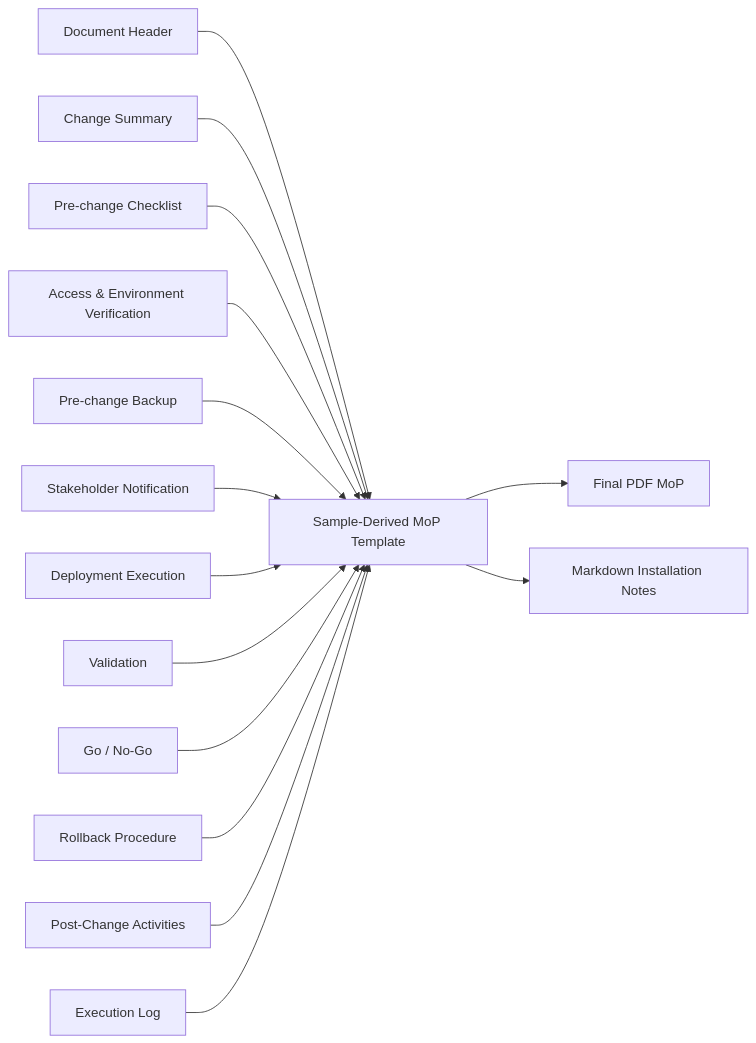
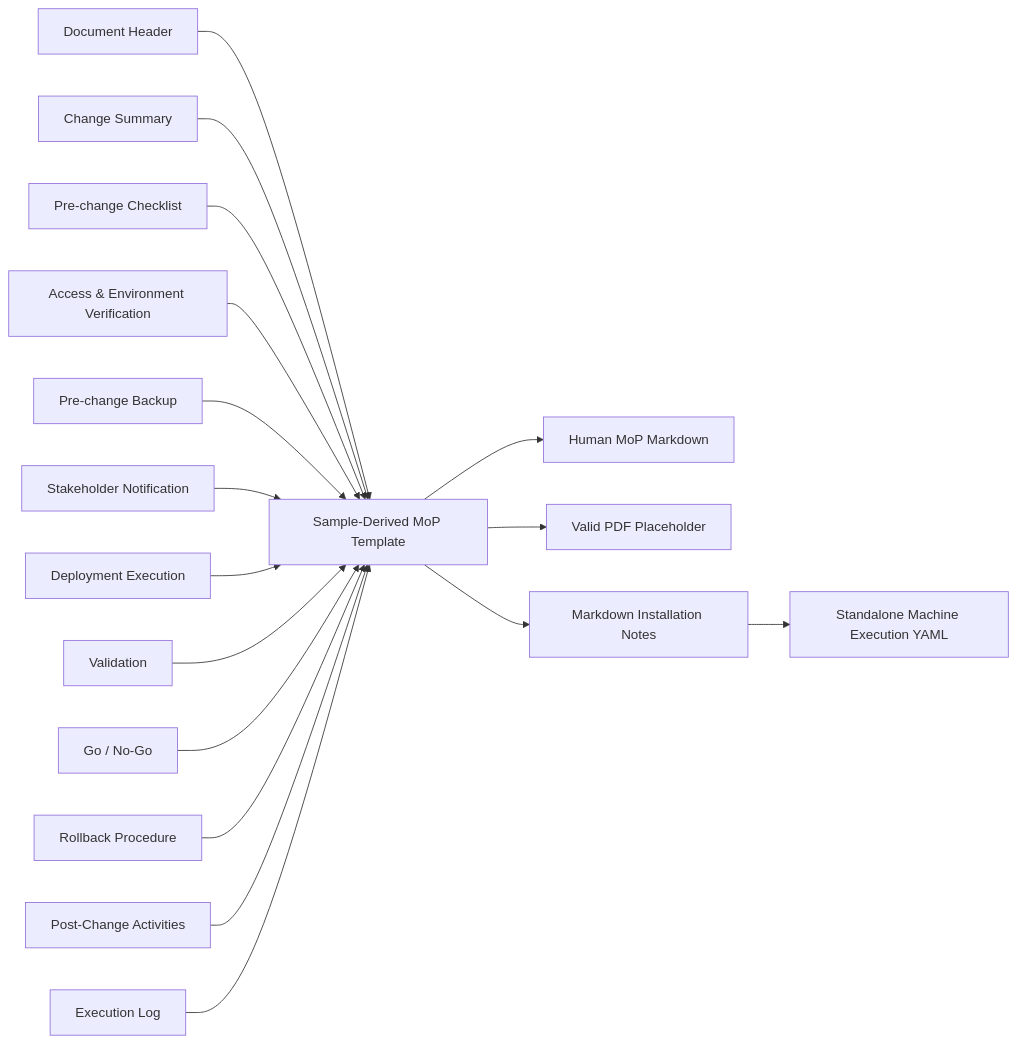
Before and after one commit to aveeshek/bosgenesis-mop-creation-agent: the sixth of 7 diagrams in docs/04_ALGORITHM_MOP_CREATION_AGENT.md, drawn with Mermaid. The commit also changed other lines of this file and 27 other files, not shown here.

Commit message:
Implement phase 8 markdown installation notes renderer

````diff
--- a/docs/04_ALGORITHM_MOP_CREATION_AGENT.md
+++ b/docs/04_ALGORITHM_MOP_CREATION_AGENT.md
@@ -428,17 +443,19 @@
 ```mermaid
 flowchart LR
     Header["Document Header"] --> Template["Sample-Derived MoP Template"]
     Summary["Change Summary"] --> Template
     Checklist["Pre-change Checklist"] --> Template
     Access["Access & Environment Verification"] --> Template
     Backup["Pre-change Backup"] --> Template
     Notify["Stakeholder Notification"] --> Template
     Execute["Deployment Execution"] --> Template
     Validate["Validation"] --> Template
     Decision["Go / No-Go"] --> Template
     Rollback["Rollback Procedure"] --> Template
     Post["Post-Change Activities"] --> Template
     Log["Execution Log"] --> Template
-    Template --> PDF["Final PDF MoP"]
+    Template --> Human["Human MoP Markdown"]
+    Template --> PDF["Valid PDF Placeholder"]
     Template --> Notes["Markdown Installation Notes"]
+    Notes --> Plan["Standalone Machine Execution YAML"]
 ```
````
